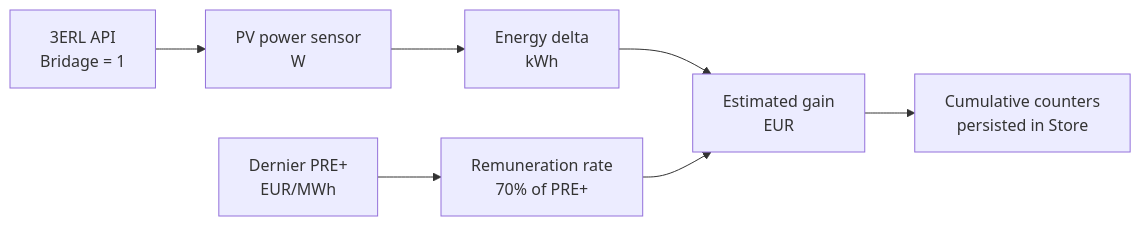
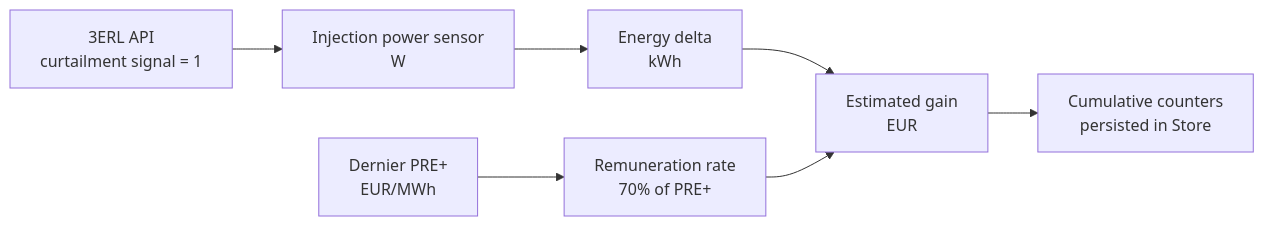
The sixth of 6 diagrams in WORKFLOW.md (gounick/ha-zero-inject-3erl), drawn with Mermaid before and after one commit. The commit also changed other lines of this file and 19 other files, not shown here.

````diff
--- a/WORKFLOW.md
+++ b/WORKFLOW.md
@@ -64,9 +108,9 @@
 ```mermaid
 flowchart LR
-    A["3ERL API<br/>Bridage = 1"] --> B["PV power sensor<br/>W"]
+    A["3ERL API<br/>curtailment signal = 1"] --> B["Injection power sensor<br/>W"]
     B --> C["Energy delta<br/>kWh"]
     D["Dernier PRE+<br/>EUR/MWh"] --> E["Remuneration rate<br/>70% of PRE+"]
     C --> F["Estimated gain<br/>EUR"]
     E --> F
     F --> G["Cumulative counters<br/>persisted in Store"]
 ```
````
